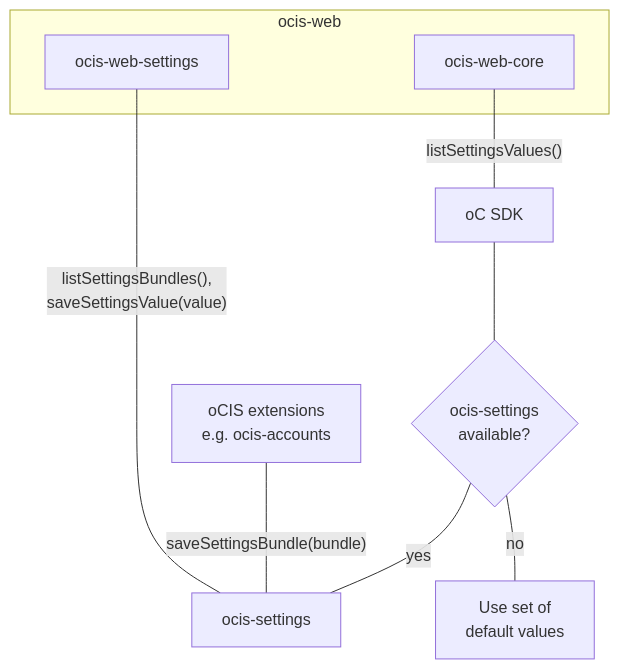
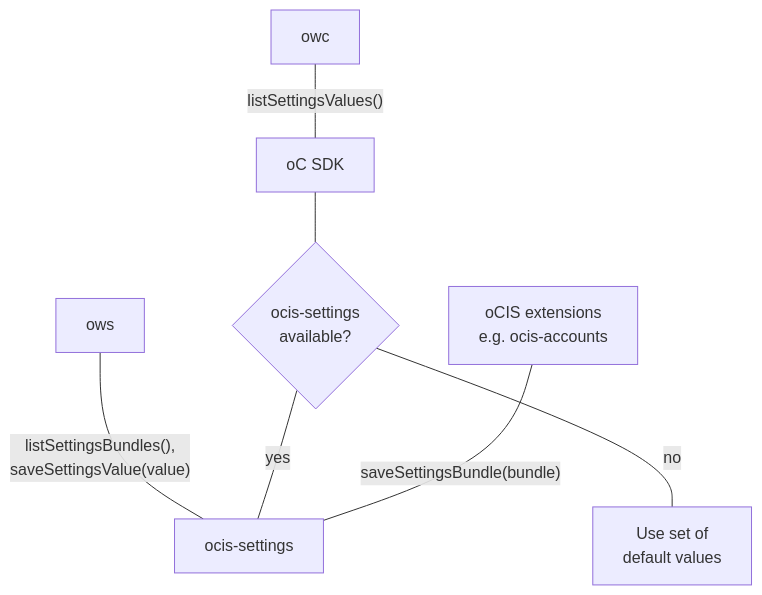
Before and after one commit to owncloud/ocis: the diagram in docs/services/settings/_index.md, drawn with Mermaid. The commit also changed other lines of this file and 40 other files, not shown here.

```diff
--- a/docs/services/settings/_index.md
+++ b/docs/services/settings/_index.md
@@ -21,13 +17,9 @@
 {{< mermaid class="text-center">}}
 graph TD
-    subgraph ow[ocis-web]
-        ows[ocis-web-settings]
-        owc[ocis-web-core]
-    end
     ows ---|"listSettingsBundles(),<br>saveSettingsValue(value)"| os[ocis-settings]
     owc ---|"listSettingsValues()"| sdk[oC SDK]
     sdk --- sdks{ocis-settings<br>available?}
     sdks ---|"yes"| os
     sdks ---|"no"| defaults[Use set of<br>default values]
     oa[oCIS extensions<br>e.g. ocis-accounts] ---|"saveSettingsBundle(bundle)"| os
 {{< /mermaid >}}
```
